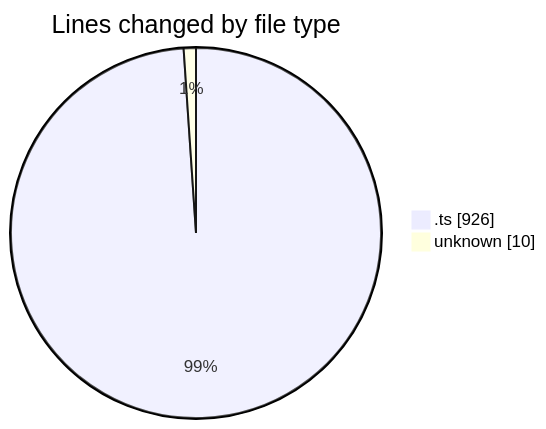
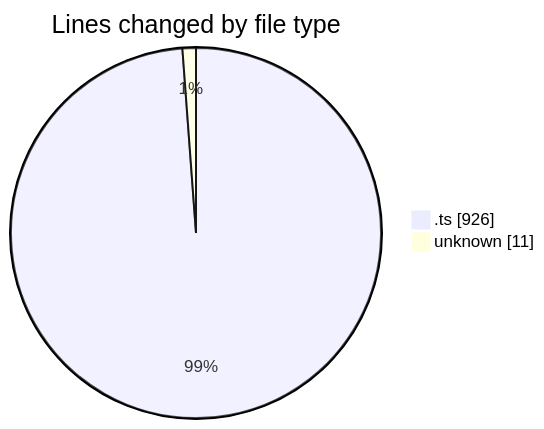
Before and after one commit to mevix1/code-tracking: the first of 2 diagrams in 2025-10-01/oura-api/README.md, drawn with Mermaid. The commit also changed other lines of this file and 1 other file, not shown here.

````diff
--- a/2025-10-01/oura-api/README.md
+++ b/2025-10-01/oura-api/README.md
@@ -23,6 +23,6 @@
 ```mermaid
 pie showData
 title Lines changed by file type
 ".ts" : 926
-"unknown" : 10
+"unknown" : 11
 ```
````
